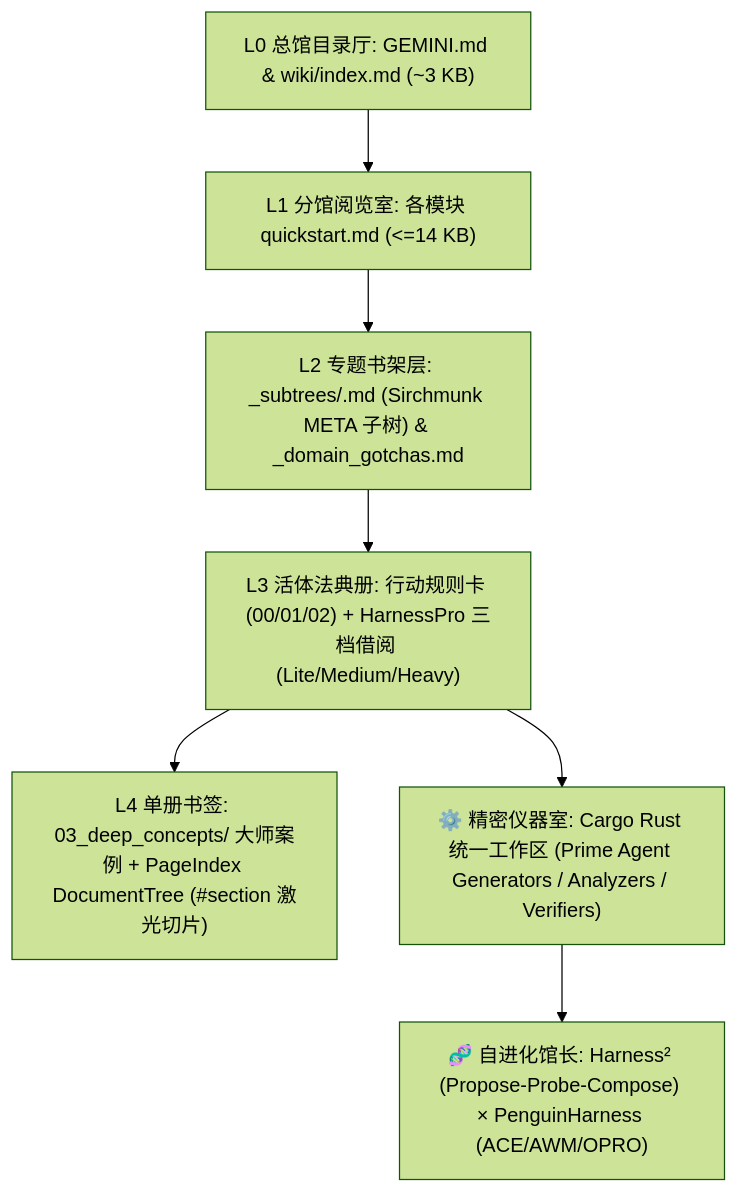
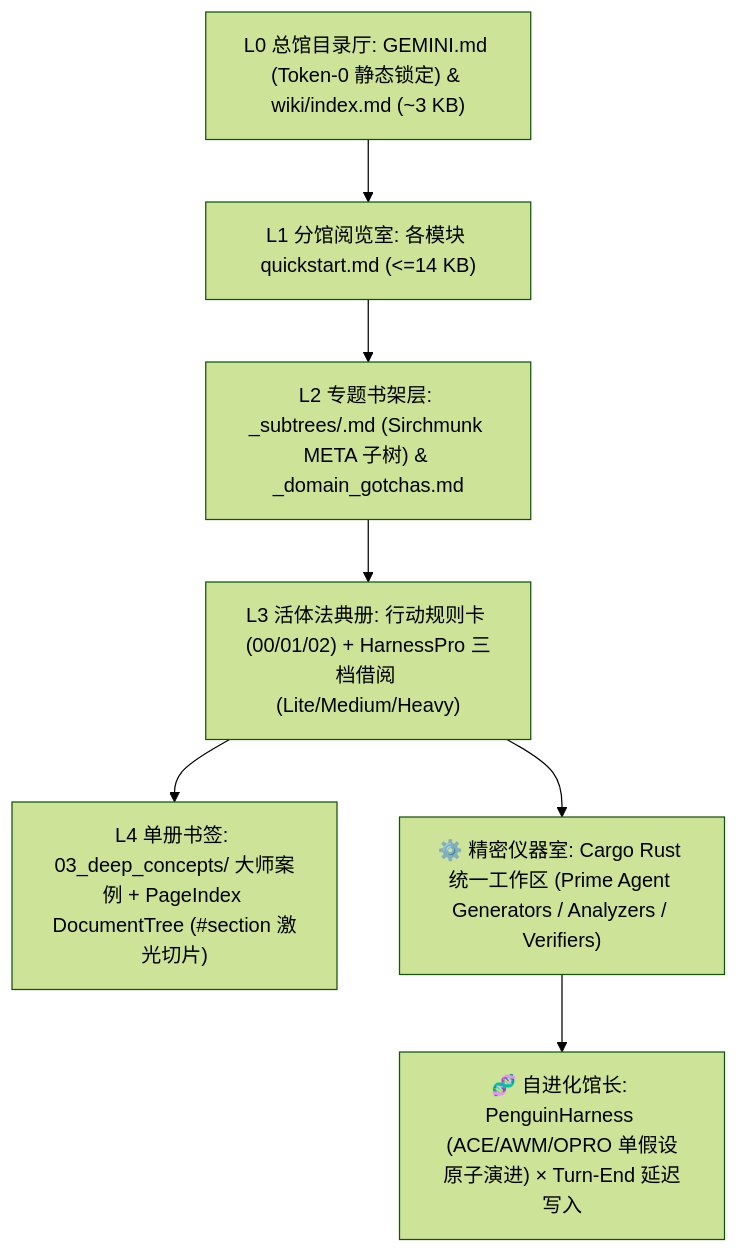
The diagram in README.md (ShabbyWhineYear/AgentStacks), drawn with Mermaid (forest theme) before and after one commit. The commit also changed other lines of this file and 12 other files, not shown here.

Commit message:
perf: remove Harness2 token-heavy multi-candidate loop and pin Token-0 KV Prefix Cache

````diff
--- a/README.md
+++ b/README.md
@@ -44,9 +44,9 @@
 ```mermaid
 flowchart TD
-    L0["L0 总馆目录厅: GEMINI.md & wiki/index.md (~3 KB)"] --> L1["L1 分馆阅览室: 各模块 quickstart.md (<=14 KB)"]
+    L0["L0 总馆目录厅: GEMINI.md (Token-0 静态锁定) & wiki/index.md (~3 KB)"] --> L1["L1 分馆阅览室: 各模块 quickstart.md (<=14 KB)"]
     L1 --> L2["L2 专题书架层: _subtrees/<slug>.md (Sirchmunk META 子树) & _domain_gotchas.md"]
     L2 --> L3["L3 活体法典册: 行动规则卡 (00/01/02) + HarnessPro 三档借阅 (Lite/Medium/Heavy)"]
     L3 --> L4["L4 单册书签: 03_deep_concepts/ 大师案例 + PageIndex DocumentTree (#section 激光切片)"]
     L3 --> RS["⚙️ 精密仪器室: Cargo Rust 统一工作区 (Prime Agent Generators / Analyzers / Verifiers)"]
-    RS --> RSI["🧬 自进化馆长: Harness² (Propose-Probe-Compose) × PenguinHarness (ACE/AWM/OPRO)"]
+    RS --> RSI["🧬 自进化馆长: PenguinHarness (ACE/AWM/OPRO 单假设原子演进) × Turn-End 延迟写入"]
 ```
````
